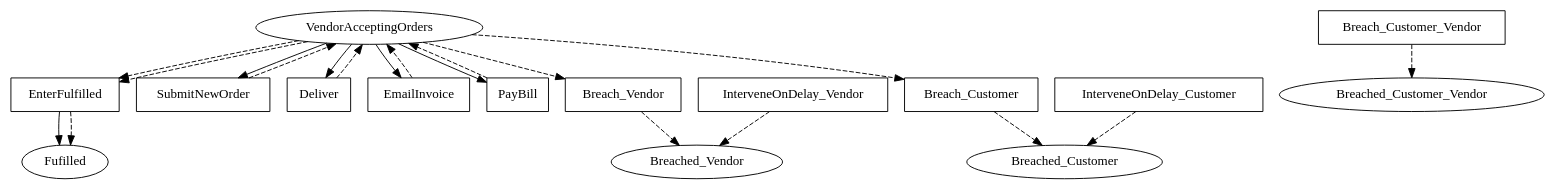
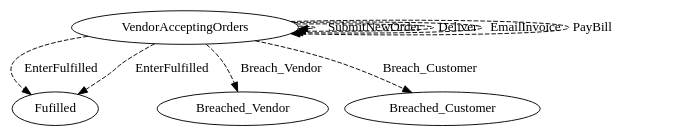
The diagram in linear_state_machine_language/pyL4/examples/out_graphviz/hvitved_master_sales_agreement_full_without_future_obligations.dot (Marcao02/complaw-deeptech), drawn with Graphviz before and after one commit. The commit also changed 46 other files, not shown here.

Commit message:
better flowcharts, full goodenough/flood example

```diff
--- a/linear_state_machine_language/pyL4/examples/out_graphviz/hvitved_master_sales_agreement_full_without_future_obligations.dot
+++ b/linear_state_machine_language/pyL4/examples/out_graphviz/hvitved_master_sales_agreement_full_without_future_obligations.dot
@@ -1,46 +1,24 @@
 // THIS IS A GENERATED FILE. DO NOT EDIT.
 
 digraph Master_Sales_Agreement {    
     Fulfilled[label=Fufilled];
-    VendorAcceptingOrders[label=VendorAcceptingOrders];
-	Breached_Vendor[label=Breached_Vendor];
-	Breached_Customer[label=Breached_Customer];
-	Breached_Customer_Vendor[label=Breached_Customer_Vendor]
+    VendorAcceptingOrders[label=VendorAcceptingOrders]
+        
     
-    EnterFulfilled[label=EnterFufilled,shape=box]; 
-    EnterFulfilled[label=EnterFulfilled,shape=box];
-	SubmitNewOrder[label=SubmitNewOrder,shape=box];
-	Deliver[label=Deliver,shape=box];
-	EmailInvoice[label=EmailInvoice,shape=box];
-	PayBill[label=PayBill,shape=box];
-	Breach_Vendor[label=Breach_Vendor,shape=box];
-	Breach_Customer[label=Breach_Customer,shape=box];
-	Breach_Customer_Vendor[label=Breach_Customer_Vendor,shape=box];
-	InterveneOnDelay_Customer[label=InterveneOnDelay_Customer,shape=box];
-	InterveneOnDelay_Vendor[label=InterveneOnDelay_Vendor,shape=box]    
+         
     
-    EnterFulfilled -> Fulfilled;
     
-    VendorAcceptingOrders -> SubmitNewOrder;
-	VendorAcceptingOrders -> Deliver;
-	VendorAcceptingOrders -> Breach_Vendor [style=dashed];
-	VendorAcceptingOrders -> EmailInvoice;
-	VendorAcceptingOrders -> PayBill;
-	VendorAcceptingOrders -> Breach_Customer [style=dashed];
-	VendorAcceptingOrders -> EnterFulfilled [style=dashed];
-	VendorAcceptingOrders -> EnterFulfilled [style=dashed]
     
-    EnterFulfilled -> Fulfilled [style=dashed];
-	SubmitNewOrder -> VendorAcceptingOrders [style=dashed];
-	Deliver -> VendorAcceptingOrders [style=dashed];
-	EmailInvoice -> VendorAcceptingOrders [style=dashed];
-	PayBill -> VendorAcceptingOrders [style=dashed];
-	Breach_Vendor -> Breached_Vendor [style=dashed];
-	Breach_Customer -> Breached_Customer [style=dashed];
-	Breach_Customer_Vendor -> Breached_Customer_Vendor [style=dashed];
-	InterveneOnDelay_Customer -> Breached_Customer [style=dashed];
-	InterveneOnDelay_Vendor -> Breached_Vendor [style=dashed];
+    
+    VendorAcceptingOrders -> Breached_Vendor [style=dashed,label=Breach_Vendor];
+	VendorAcceptingOrders -> Breached_Customer [style=dashed,label=Breach_Customer];
+	VendorAcceptingOrders -> Fulfilled [style=dashed,label=EnterFulfilled];
+	VendorAcceptingOrders -> Fulfilled [style=dashed,label=EnterFulfilled];
 	     
     
-       
+    VendorAcceptingOrders -> VendorAcceptingOrders [style=dashed,label=SubmitNewOrder];
+	VendorAcceptingOrders -> VendorAcceptingOrders [style=dashed,label=Deliver];
+	VendorAcceptingOrders -> VendorAcceptingOrders [style=dashed,label=EmailInvoice];
+	VendorAcceptingOrders -> VendorAcceptingOrders [style=dashed,label=PayBill];
+	   
 }
```
